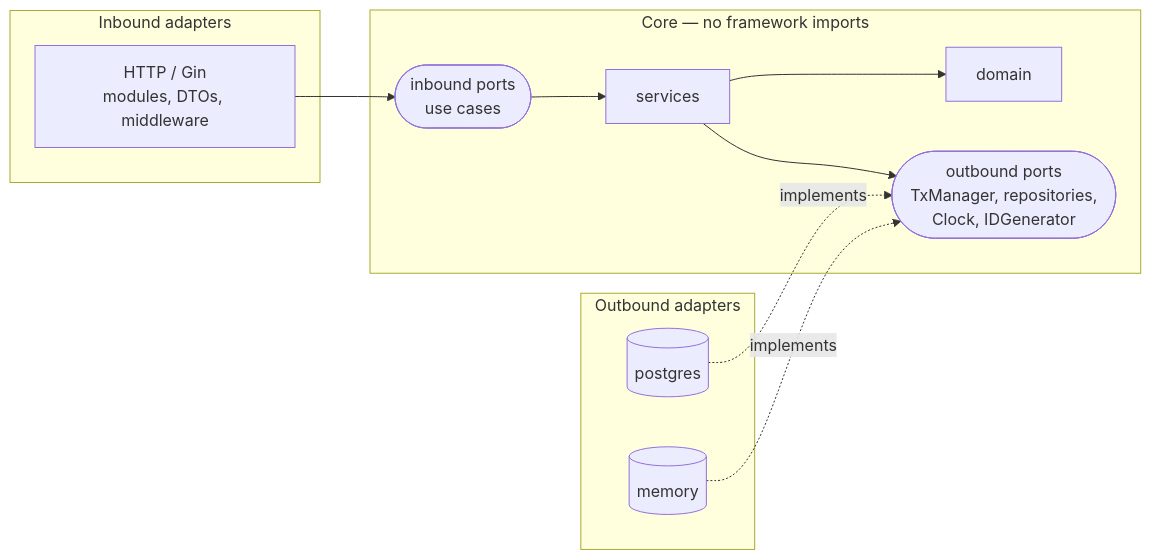
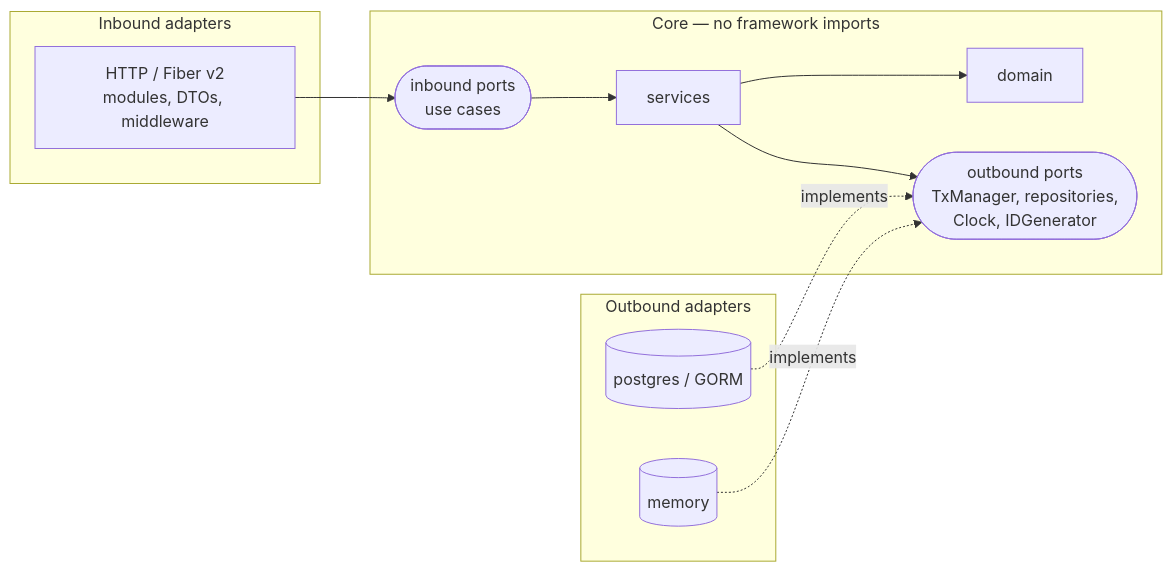
Before and after one commit to Thapanut/go-engineering-starter: the second of 2 diagrams in docs/01-architecture/architecture.md, drawn with Mermaid. The commit also changed other lines of this file and 18 other files, not shown here.

First line of the commit message:
refactor: switch HTTP adapter to Fiber v2 and persistence to GORM

````diff
--- a/docs/01-architecture/architecture.md
+++ b/docs/01-architecture/architecture.md
@@ -20,20 +20,20 @@
 ```mermaid
 flowchart LR
   subgraph inbound[Inbound adapters]
-    http[HTTP / Gin<br/>modules, DTOs, middleware]
+    http[HTTP / Fiber v2<br/>modules, DTOs, middleware]
   end
   subgraph core[Core — no framework imports]
     inport([inbound ports<br/>use cases])
     svc[services]
     dom[domain]
     outport([outbound ports<br/>TxManager, repositories,<br/>Clock, IDGenerator])
   end
   subgraph outbound[Outbound adapters]
-    pg[(postgres)]
+    pg[(postgres / GORM)]
     mem[(memory)]
   end
   http --> inport --> svc --> dom
   svc --> outport
   pg -. implements .-> outport
   mem -. implements .-> outport
 ```
````
